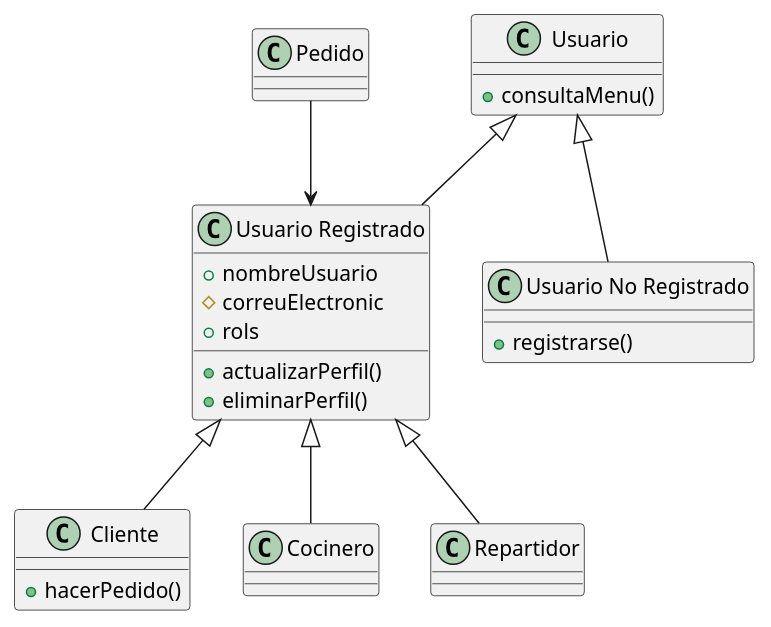
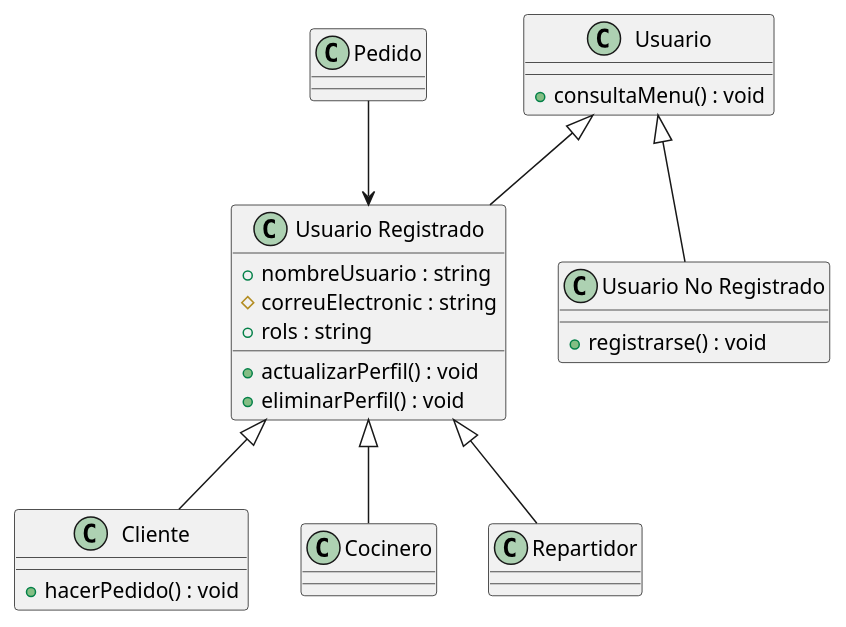
Before and after one commit to dabien3/ES25UAB-511-05: the diagram in documents/Diagrama Clases/CodeUML/bloq1.pUML, drawn with PlantUML.

```diff
--- a/documents/Diagrama Clases/CodeUML/bloq1.pUML
+++ b/documents/Diagrama Clases/CodeUML/bloq1.pUML
@@ -1,34 +1,34 @@
 @startuml
 class Usuario 
 {
-   +consultaMenu()
+   +consultaMenu() : void
 }
 class "Usuario Registrado" as UsuarioRegistrado
 {
-   +nombreUsuario
-   #correuElectronic
-   +rols
-   +actualizarPerfil()
-   +eliminarPerfil()
+   +nombreUsuario : string
+   #correuElectronic : string
+   +rols : string
+   +actualizarPerfil() : void
+   +eliminarPerfil() : void
    
 }
 class "Usuario No Registrado" as UsuarioNoRegistrado
 {
-   +registrarse()
+   +registrarse() : void
 }
 class Cliente
 {
-   +hacerPedido()
+   +hacerPedido() : void
 }
 class Cocinero
 class Repartidor
 class Pedido
 
 Usuario <|-- UsuarioRegistrado
 Usuario <|-- UsuarioNoRegistrado
 UsuarioRegistrado <|-- Cliente
 UsuarioRegistrado <|-- Cocinero
 UsuarioRegistrado <|-- Repartidor
 Pedido --> UsuarioRegistrado
 
 @enduml
```
